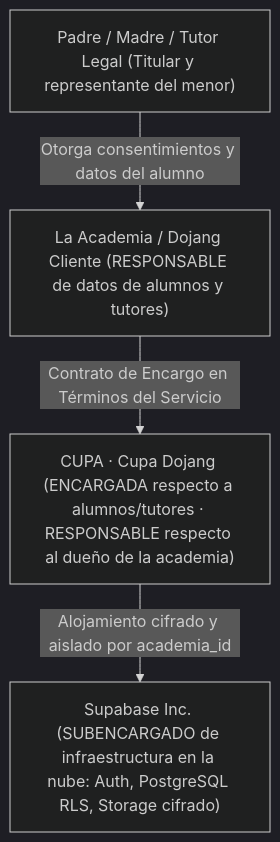
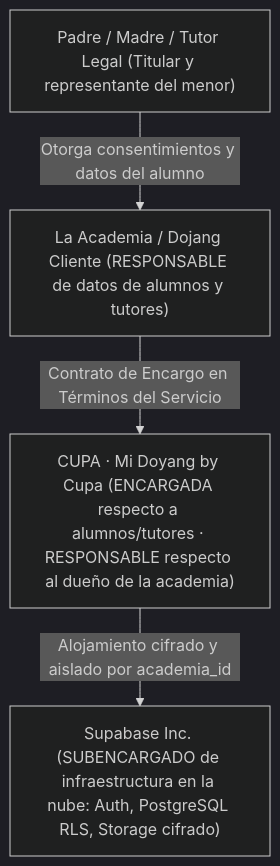
Before and after one commit to OVRCupa/Mi-Doyang-by-Cupa: the diagram in docs/privacidad.md, drawn with Mermaid (dark theme). The commit also changed other lines of this file and 12 other files, not shown here.

Commit message:
docs: nombre oficial Mi Doyang by Cupa y repositorio en GitHub (D-01)

````diff
--- a/docs/privacidad.md
+++ b/docs/privacidad.md
@@ -39,11 +39,11 @@
 ```mermaid
 flowchart TD
     Tutor["Padre / Madre / Tutor Legal (Titular y representante del menor)"]
     Academia["La Academia / Dojang Cliente (RESPONSABLE de datos de alumnos y tutores)"]
-    CUPA["CUPA · Cupa Dojang (ENCARGADA respecto a alumnos/tutores · RESPONSABLE respecto al dueño de la academia)"]
+    CUPA["CUPA · Mi Doyang by Cupa (ENCARGADA respecto a alumnos/tutores · RESPONSABLE respecto al dueño de la academia)"]
     Supabase["Supabase Inc. (SUBENCARGADO de infraestructura en la nube: Auth, PostgreSQL RLS, Storage cifrado)"]
 
     Tutor -->|"Otorga consentimientos y datos del alumno"| Academia
     Academia -->|"Contrato de Encargo en Términos del Servicio"| CUPA
     CUPA -->|"Alojamiento cifrado y aislado por academia_id"| Supabase
 ```
````
